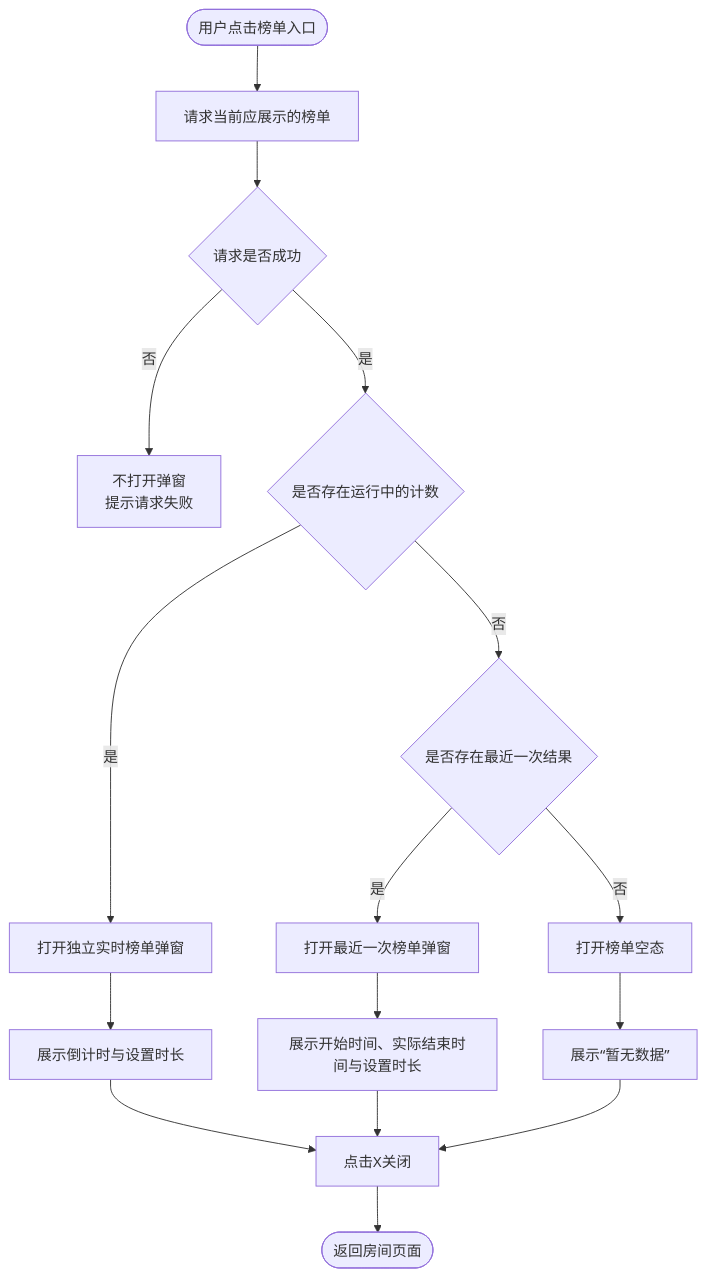
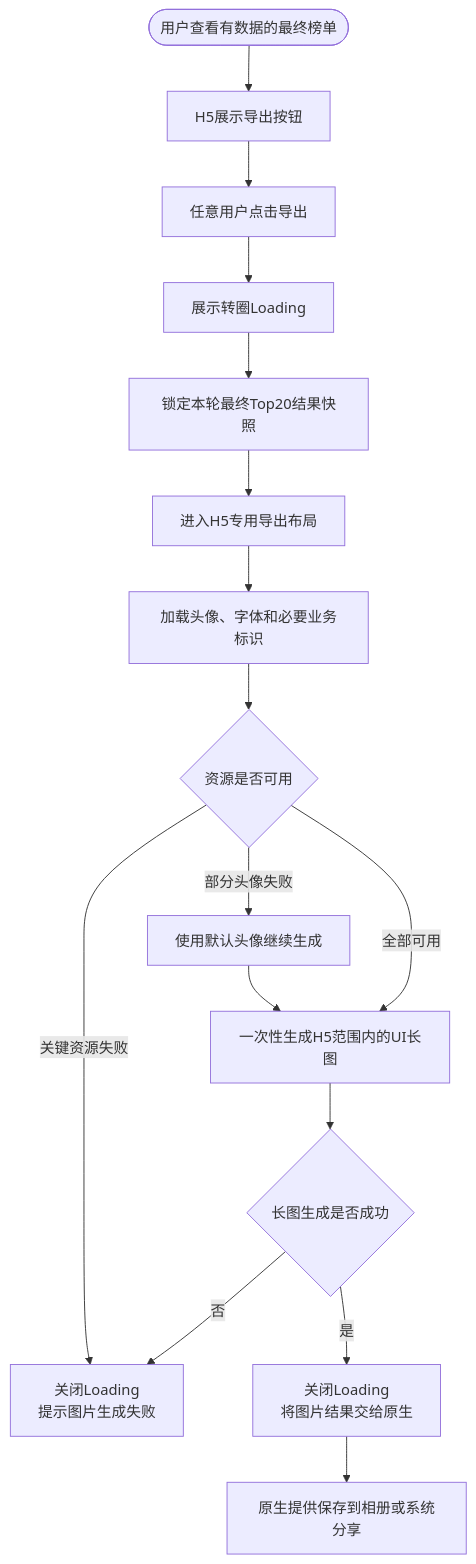
The eighth of 8 diagrams in 钻石计数器/钻石计数器_业务流程图.md (Chawucikela/TOP-KHALIJ), drawn with Mermaid before and after one commit. The commit also changed other lines of this file and 16 other files, not shown here.

````diff
--- a/钻石计数器/钻石计数器_业务流程图.md
+++ b/钻石计数器/钻石计数器_业务流程图.md
@@ -185,22 +335,20 @@
 ```mermaid
 flowchart TD
-    A([用户点击榜单入口]) --> B[请求当前应展示的榜单]
-    B --> C{请求是否成功}
+    A([用户查看有数据的最终榜单]) --> B[H5展示导出按钮]
+    B --> C[任意用户点击导出]
+    C --> D[展示转圈Loading]
+    D --> E[锁定本轮最终Top20结果快照]
+    E --> F[进入H5专用导出布局]
+    F --> G[加载头像、字体和必要业务标识]
+    G --> H{资源是否可用}
 
-    C -- 否 --> D[不打开弹窗<br/>提示请求失败]
-    C -- 是 --> E{是否存在运行中的计数}
+    H -- 部分头像失败 --> I[使用默认头像继续生成]
+    H -- 关键资源失败 --> J[关闭Loading<br/>提示图片生成失败<br/>]
+    I --> K[一次性生成H5范围内的UI长图]
+    H -- 全部可用 --> K
 
-    E -- 是 --> F[打开独立实时榜单弹窗]
-    E -- 否 --> G{是否存在最近一次结果}
-    G -- 是 --> H[打开最近一次榜单弹窗]
-    G -- 否 --> I[打开榜单空态]
-
-    F --> J[展示倒计时与设置时长]
-    H --> K[展示开始时间、实际结束时间与设置时长]
-    I --> L[展示“暂无数据”]
-
-    J --> M[点击X关闭]
-    K --> M
-    L --> M
-    M --> N([返回房间页面])
+    K --> L{长图生成是否成功}
+    L -- 否 --> J
+    L -- 是 --> M[关闭Loading<br/>将图片结果交给原生]
+    M --> N[原生提供保存到相册或系统分享]
 ```
````
